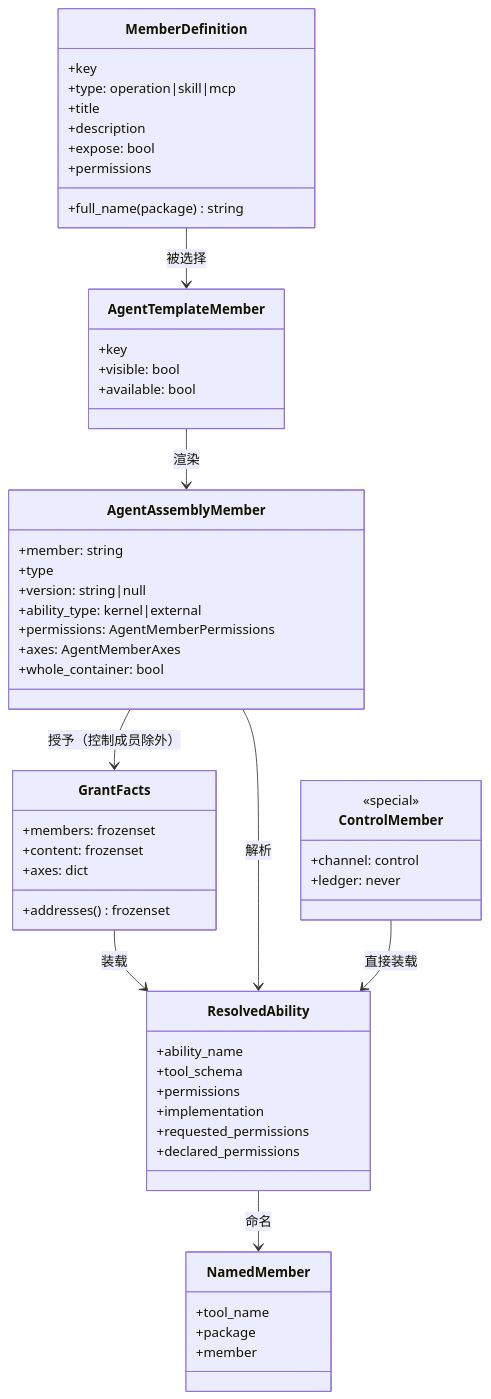
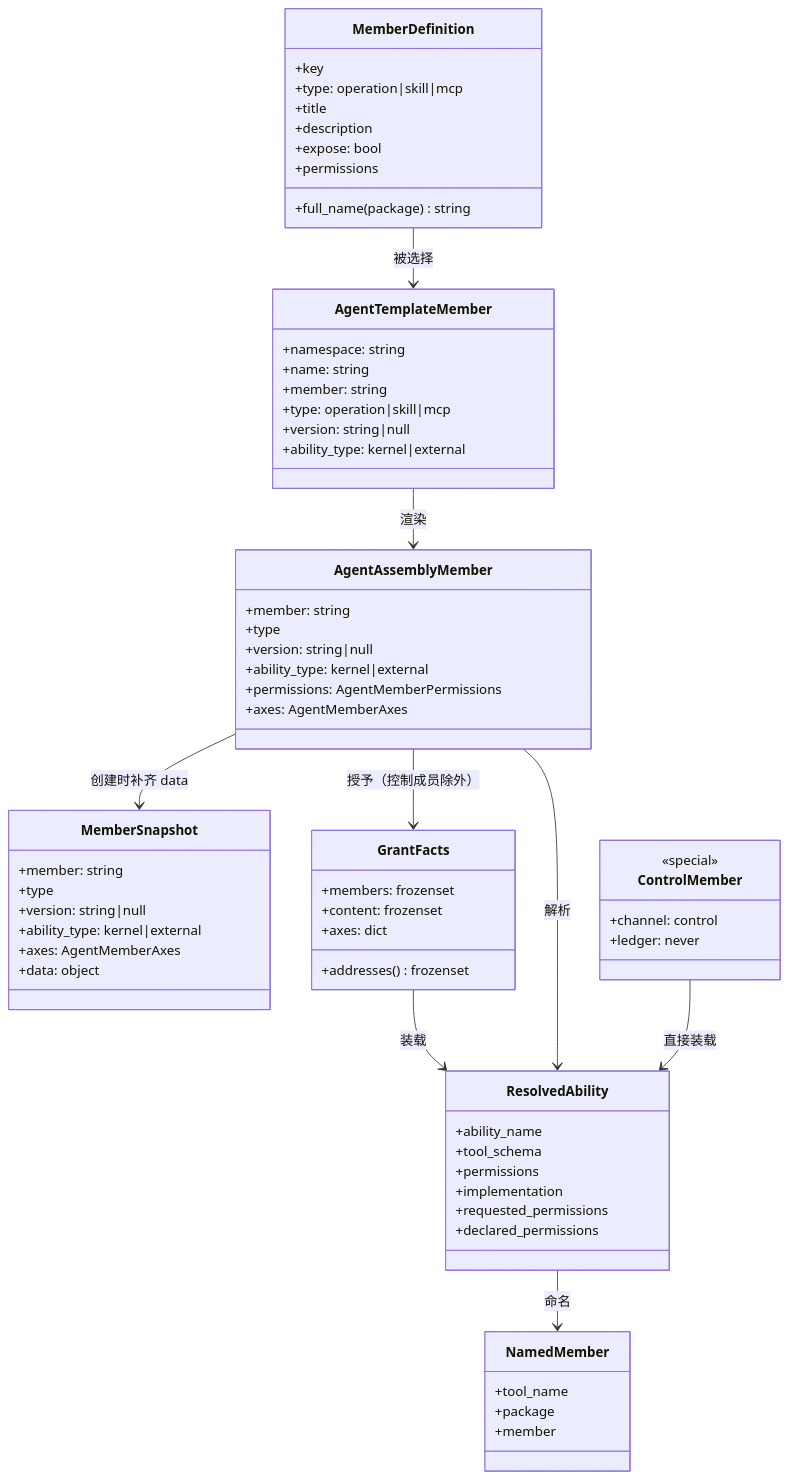
The second of 2 diagrams in docs/ghrah-11-member-spec.md (ghrah-org/ghrah-monorepo), drawn with Mermaid before and after one commit. The commit also changed other lines of this file and 15 other files, not shown here.

````diff
--- a/docs/ghrah-11-member-spec.md
+++ b/docs/ghrah-11-member-spec.md
@@ -339,58 +413,69 @@
 ```mermaid
 classDiagram
     class MemberDefinition {
         +key
         +type: operation|skill|mcp
         +title
         +description
         +expose: bool
         +permissions
         +full_name(package) string
     }
     class AgentTemplateMember {
-        +key
-        +visible: bool
-        +available: bool
+        +namespace: string
+        +name: string
+        +member: string
+        +type: operation|skill|mcp
+        +version: string|null
+        +ability_type: kernel|external
     }
     class AgentAssemblyMember {
         +member: string
         +type
         +version: string|null
         +ability_type: kernel|external
         +permissions: AgentMemberPermissions
         +axes: AgentMemberAxes
-        +whole_container: bool
+    }
+    class MemberSnapshot {
+        +member: string
+        +type
+        +version: string|null
+        +ability_type: kernel|external
+        +axes: AgentMemberAxes
+        +data: object
     }
     class GrantFacts {
         +members: frozenset
         +content: frozenset
         +axes: dict
         +addresses() frozenset
     }
     class ResolvedAbility {
         +ability_name
         +tool_schema
         +permissions
         +implementation
         +requested_permissions
         +declared_permissions
     }
     class NamedMember {
         +tool_name
         +package
         +member
     }
     class ControlMember {
         <<special>>
         +channel: control
         +ledger: never
     }
 
     MemberDefinition --> AgentTemplateMember : 被选择
     AgentTemplateMember --> AgentAssemblyMember : 渲染
+    AgentAssemblyMember --> MemberSnapshot : 创建时补齐 data
     AgentAssemblyMember --> GrantFacts : 授予（控制成员除外）
     GrantFacts --> ResolvedAbility : 装载
     AgentAssemblyMember --> ResolvedAbility : 解析
     ResolvedAbility --> NamedMember : 命名
     ControlMember --> ResolvedAbility : 直接装载
 ```
````
